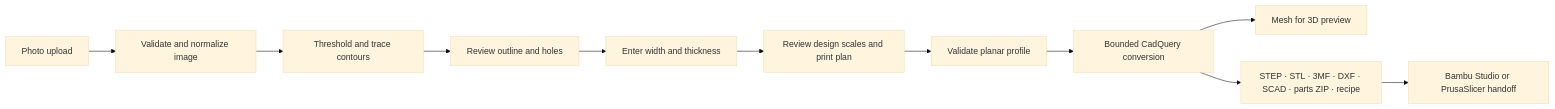
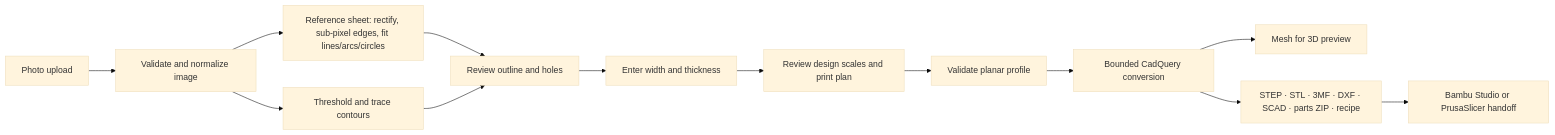
Before and after one commit to bartytime4life/Pictures-to-3D-CAD-Models: the diagram in docs/architecture.md, drawn with Mermaid (base theme). The commit also changed other lines of this file and 27 other files, not shown here.

First line of the commit message:
Trace parts on a reference sheet with exact, verified geometry

````diff
--- a/docs/architecture.md
+++ b/docs/architecture.md
@@ -5,13 +5,15 @@
 ```mermaid
 flowchart LR
     A[Photo upload] --> B[Validate and normalize image]
     B --> C[Threshold and trace contours]
+    B --> R[Reference sheet: rectify, sub-pixel edges, fit lines/arcs/circles]
+    R --> D
     C --> D[Review outline and holes]
     D --> E[Enter width and thickness]
     E --> J[Review design scales and print plan]
     J --> F[Validate planar profile]
     F --> G[Bounded CadQuery conversion]
     G --> H[Mesh for 3D preview]
     G --> I[STEP · STL · 3MF · DXF · SCAD · parts ZIP · recipe]
     I --> K[Bambu Studio or PrusaSlicer handoff]
 ```
````
